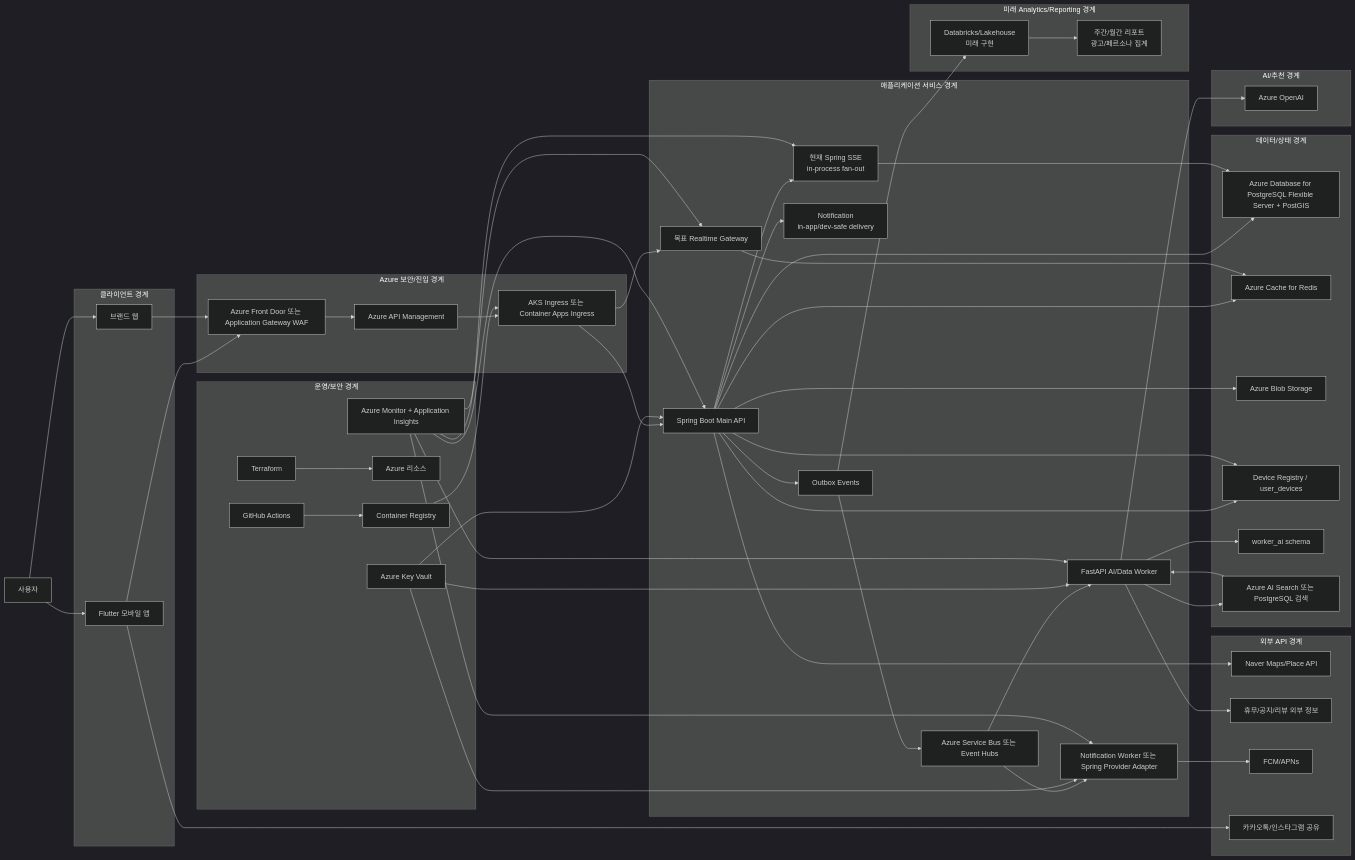
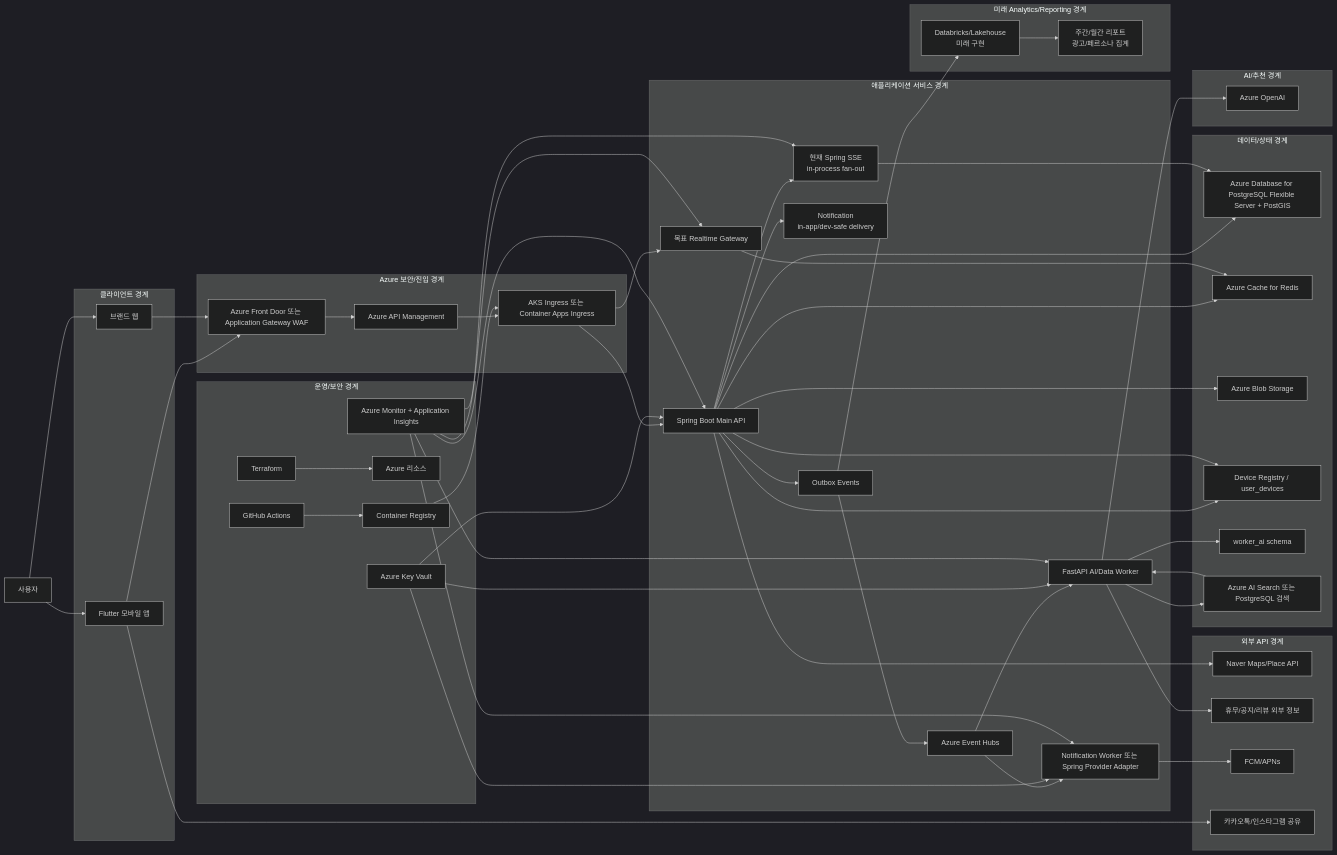
Before and after one commit to Onieum/ONMU: the first of 3 diagrams in docs/architecture/current-architecture-diagram.md, drawn with Mermaid (dark theme). The commit also changed other lines of this file and 71 other files, not shown here.

````diff
--- a/docs/architecture/current-architecture-diagram.md
+++ b/docs/architecture/current-architecture-diagram.md
@@ -35,72 +35,72 @@
 ```mermaid
 flowchart LR
     user["사용자"] --> mobile["Flutter 모바일 앱"]
     user --> web["브랜드 웹"]
 
     subgraph client["클라이언트 경계"]
         mobile
         web
     end
 
     mobile --> edge["Azure Front Door 또는 Application Gateway WAF"]
     web --> edge
 
     subgraph azureEdge["Azure 보안/진입 경계"]
         edge --> apim["Azure API Management"]
         apim --> ingress["AKS Ingress 또는 Container Apps Ingress"]
     end
 
     subgraph app["애플리케이션 서비스 경계"]
         ingress --> mainApi["Spring Boot Main API"]
         mainApi --> currentSse["현재 Spring SSE\nin-process fan-out"]
         ingress --> realtime["목표 Realtime Gateway"]
         mainApi --> notificationApi["Notification\nin-app/dev-safe delivery"]
         mainApi --> outbox["Outbox Events"]
-        outbox --> bus["Azure Service Bus 또는 Event Hubs"]
+        outbox --> bus["Azure Event Hubs"]
         bus --> worker["FastAPI AI/Data Worker"]
         bus --> notificationWorker["Notification Worker 또는 Spring Provider Adapter"]
     end
 
     subgraph data["데이터/상태 경계"]
         mainApi --> postgres["Azure Database for PostgreSQL Flexible Server + PostGIS"]
         mainApi --> redis["Azure Cache for Redis"]
         mainApi --> blob["Azure Blob Storage"]
         mainApi --> devices["Device Registry / user_devices"]
         currentSse --> postgres
         mainApi --> devices["Device Registry / user_devices"]
         realtime --> redis
         worker --> workerSchema["worker_ai schema"]
         worker --> search["Azure AI Search 또는 PostgreSQL 검색"]
     end
 
     subgraph ai["AI/추천 경계"]
         worker --> openai["Azure OpenAI"]
         search --> worker
     end
 
     subgraph analytics["미래 Analytics/Reporting 경계"]
         outbox --> lakehouse["Databricks/Lakehouse\n미래 구현"]
         lakehouse --> reports["주간/월간 리포트\n광고/페르소나 집계"]
     end
 
     subgraph external["외부 API 경계"]
         mainApi --> naver["Naver Maps/Place API"]
         worker --> publicInfo["휴무/공지/리뷰 외부 정보"]
         notificationWorker --> pushProvider["FCM/APNs"]
         mobile --> share["카카오톡/인스타그램 공유"]
     end
 
     subgraph ops["운영/보안 경계"]
         github["GitHub Actions"] --> registry["Container Registry"]
         registry --> ingress
         terraform["Terraform"] --> azureInfra["Azure 리소스"]
         keyvault["Azure Key Vault"] --> mainApi
         keyvault --> worker
         keyvault --> notificationWorker
         monitor["Azure Monitor + Application Insights"] --> mainApi
         monitor --> worker
         monitor --> currentSse
         monitor --> realtime
         monitor --> notificationWorker
     end
 ```
````
